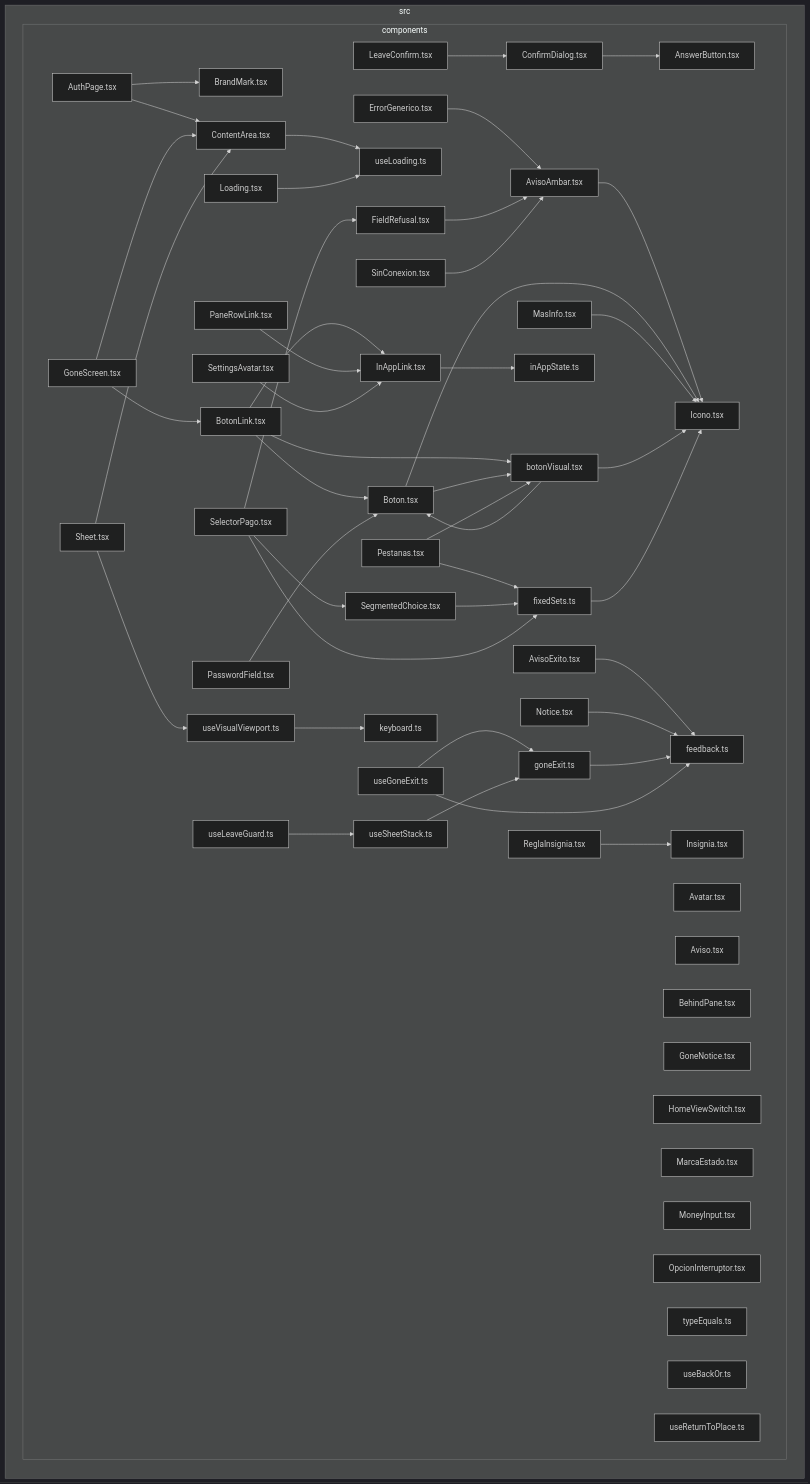
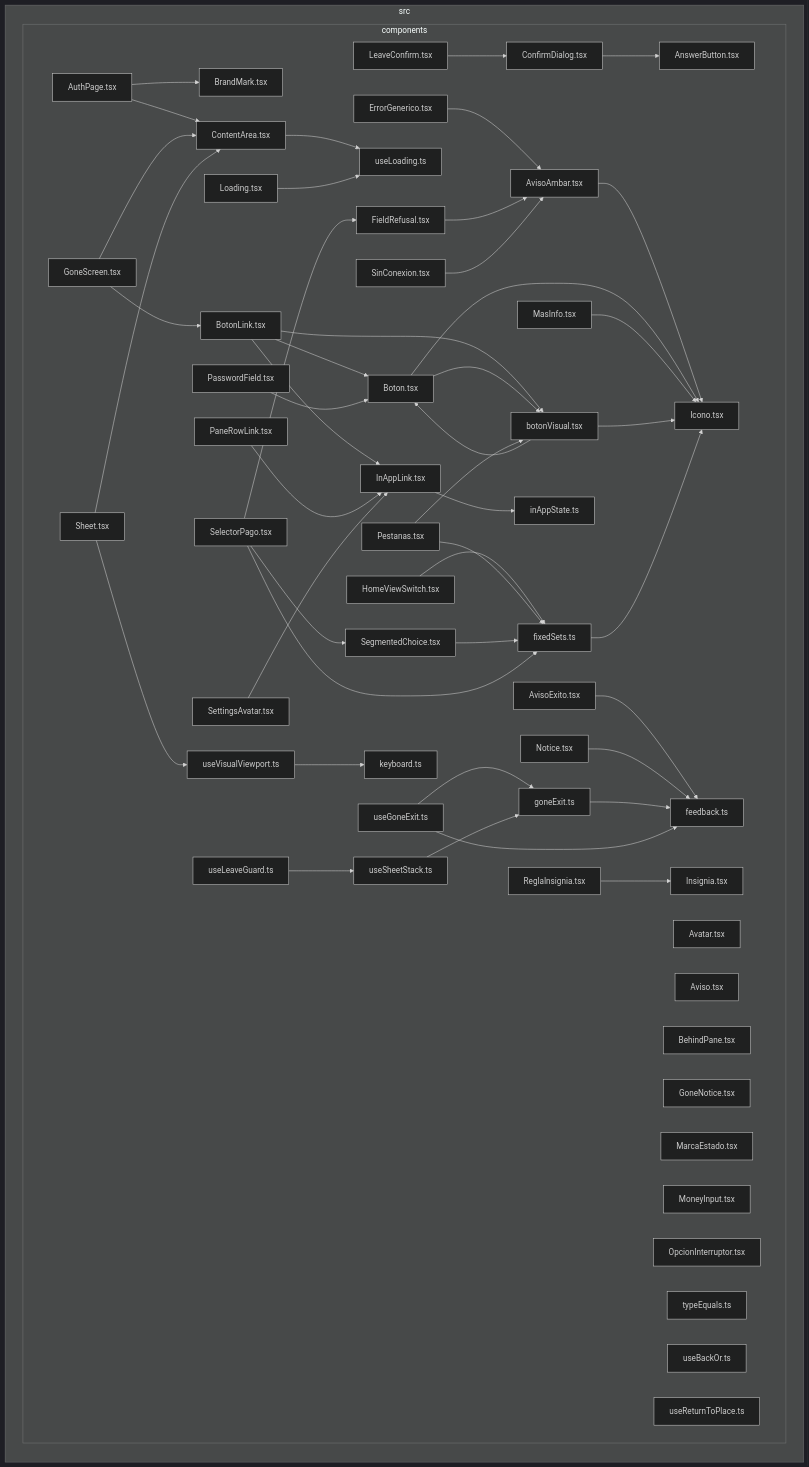
Before and after one commit to GonzaloZevallos/apostrophe: the diagram in docs/architecture/generated/front-modules/components.md, drawn with Mermaid (dark theme). The commit also changed 6 other files, not shown here.

```diff
--- a/docs/architecture/generated/front-modules/components.md
+++ b/docs/architecture/generated/front-modules/components.md
@@ -75,6 +75,7 @@
 src_components_FieldRefusal_tsx-->src_components_AvisoAmbar_tsx
 src_components_GoneScreen_tsx-->src_components_BotonLink_tsx
 src_components_GoneScreen_tsx-->src_components_ContentArea_tsx
+src_components_HomeViewSwitch_tsx-->src_components_fixedSets_ts
 src_components_InAppLink_tsx-->src_components_inAppState_ts
 src_components_LeaveConfirm_tsx-->src_components_ConfirmDialog_tsx
 src_components_Loading_tsx-->src_components_useLoading_ts
```
